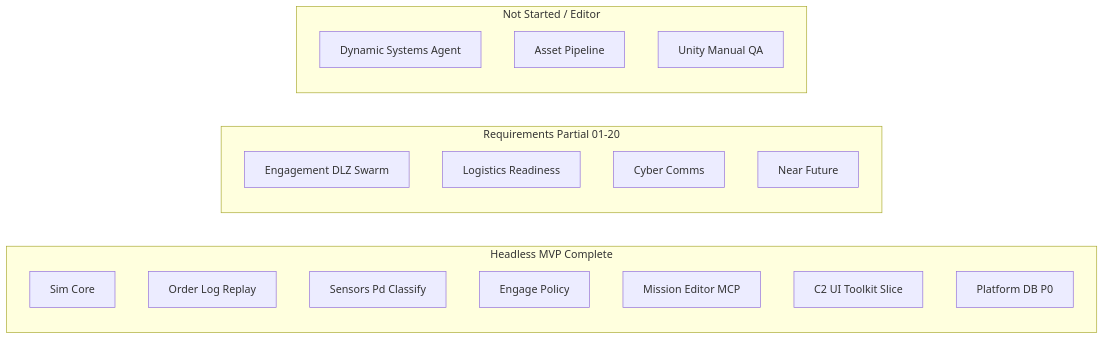
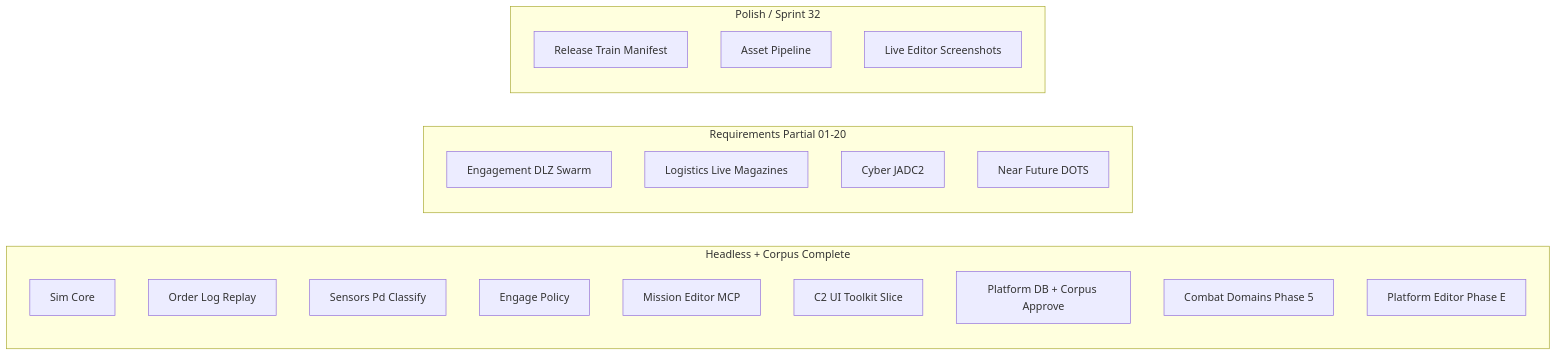
Before and after one commit to drgaciw/cmano-clone: the diagram in docs/reports/project-dashboard.md, drawn with Mermaid. The commit also changed other lines of this file and 494 other files, not shown here.

First line of the commit message:
feat(sprint34): complete LinkCatalog phase H and Production→Polish gate closure

````diff
--- a/docs/reports/project-dashboard.md
+++ b/docs/reports/project-dashboard.md
@@ -185,23 +200,25 @@
 ```mermaid
 flowchart LR
-  subgraph done [Headless MVP Complete]
+  subgraph done [Headless + Corpus Complete]
     S1[Sim Core]
     S2[Order Log Replay]
     S5[Sensors Pd Classify]
     S6[Engage Policy]
     S11[Mission Editor MCP]
-    S20partial[C2 UI Toolkit Slice]
-    S4partial[Platform DB P0]
+    S20[C2 UI Toolkit Slice]
+    S4[Platform DB + Corpus Approve]
+    S18p[Combat Domains Phase 5]
+    S21p[Platform Editor Phase E]
   end
   subgraph wip [Requirements Partial 01-20]
     R14[Engagement DLZ Swarm]
-    R16[Logistics Readiness]
-    R19[Cyber Comms]
-    R09[Near Future]
+    R16[Logistics Live Magazines]
+    R19[Cyber JADC2]
+    R09[Near Future DOTS]
   end
-  subgraph todo [Not Started / Editor]
-    R05[Dynamic Systems Agent]
+  subgraph todo [Polish / Sprint 32]
+    R32[Release Train Manifest]
     Assets[Asset Pipeline]
-    UnityQA[Unity Manual QA]
+    LiveQA[Live Editor Screenshots]
   end
 ```
````
